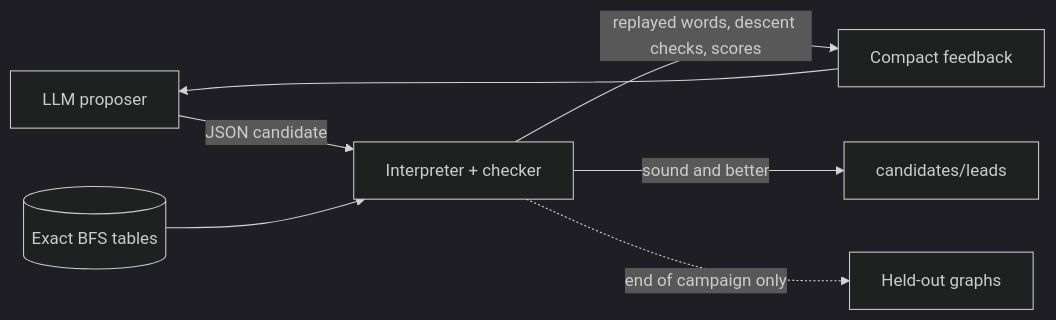
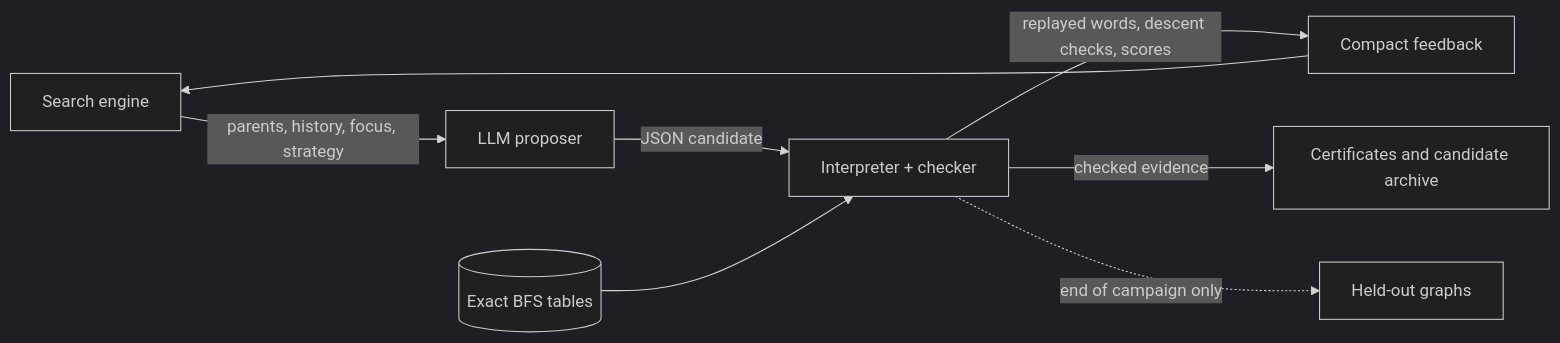
One commit to Archelunch/lrx-solver changed the diagram in README.md. Above: the diagram before and after it, drawn with Mermaid (dark theme). The commit also changed other lines of this file and 5 other files, not shown here.

````diff
--- a/README.md
+++ b/README.md
@@ -54,9 +105,10 @@
 ```mermaid
 flowchart LR
-    P[LLM proposer] -->|JSON candidate| C[Interpreter + checker]
+    E[Search engine] -->|parents, history, focus, strategy| P[LLM proposer]
+    P -->|JSON candidate| C[Interpreter + checker]
     T[(Exact BFS tables)] --> C
     C -->|replayed words, descent checks, scores| F[Compact feedback]
-    F --> P
-    C -->|sound and better| L[candidates/leads]
+    F --> E
+    C -->|checked evidence| L[Certificates and candidate archive]
     C -.->|end of campaign only| H[Held-out graphs]
 ```
````
